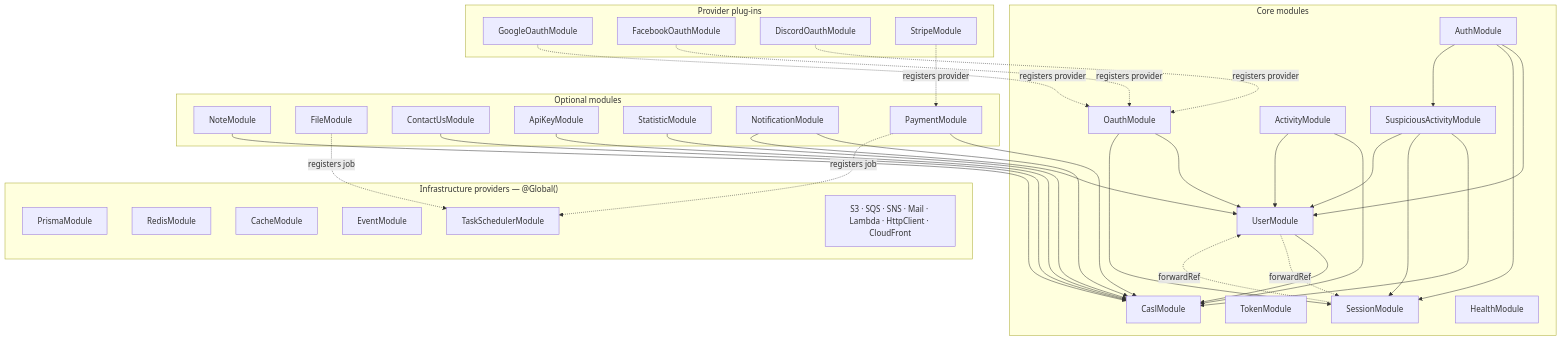
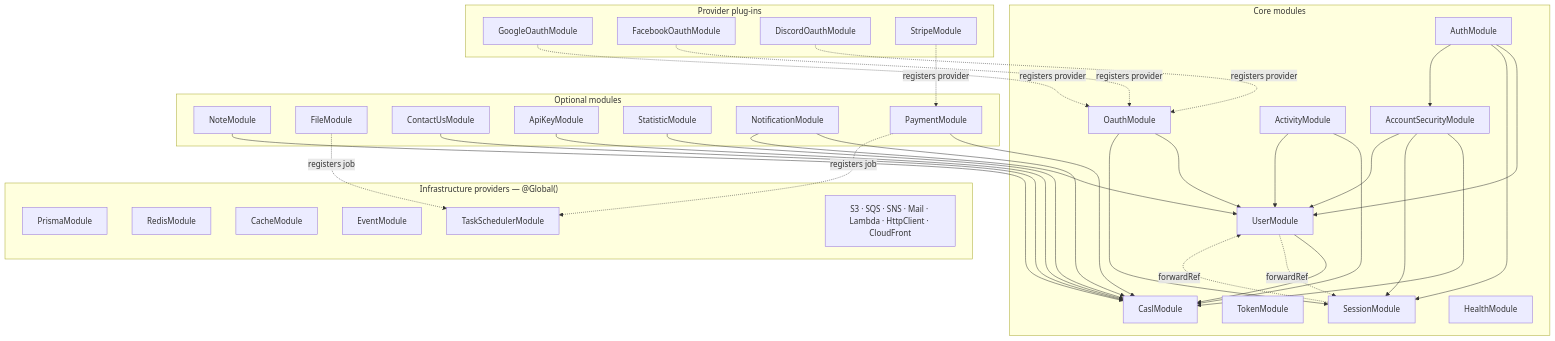
One commit to ivpoov/nest-aws-starter changed the first of 2 diagrams in docs/architecture.md. Above: the diagram before and after it, drawn with Mermaid. The commit also changed other lines of this file and 78 other files, not shown here.

Commit message:
refactor(api,shared): rename the suspicious-activity module to account-security

````diff
--- a/docs/architecture.md
+++ b/docs/architecture.md
@@ -54,68 +54,68 @@
 ```mermaid
 flowchart TD
   subgraph infra["Infrastructure providers — @Global()"]
     Prisma["PrismaModule"]
     Redis["RedisModule"]
     Cache["CacheModule"]
     Event["EventModule"]
     Sched["TaskSchedulerModule"]
     Aws["S3 · SQS · SNS · Mail · Lambda · HttpClient · CloudFront"]
   end
 
   subgraph core["Core modules"]
     Casl["CaslModule"]
     Token["TokenModule"]
     User["UserModule"]
     Session["SessionModule"]
     Auth["AuthModule"]
     Oauth["OauthModule"]
     Activity["ActivityModule"]
-    Suspicious["SuspiciousActivityModule"]
+    AccountSecurity["AccountSecurityModule"]
     Health["HealthModule"]
   end
 
   subgraph optional["Optional modules"]
     Note["NoteModule"]
     File["FileModule"]
     Contact["ContactUsModule"]
     ApiKey["ApiKeyModule"]
     Statistic["StatisticModule"]
     Notification["NotificationModule"]
     Payment["PaymentModule"]
   end
 
   subgraph plugins["Provider plug-ins"]
     Google["GoogleOauthModule"]
     Facebook["FacebookOauthModule"]
     Discord["DiscordOauthModule"]
     Stripe["StripeModule"]
   end
 
   User --> Casl
   User -.->|forwardRef| Session
   Session -.->|forwardRef| User
   Auth --> User
   Auth --> Session
-  Auth --> Suspicious
+  Auth --> AccountSecurity
   Oauth --> User
   Oauth --> Session
   Activity --> Casl
   Activity --> User
-  Suspicious --> Casl
-  Suspicious --> Session
-  Suspicious --> User
+  AccountSecurity --> Casl
+  AccountSecurity --> Session
+  AccountSecurity --> User
   Note --> Casl
   Contact --> Casl
   ApiKey --> Casl
   Statistic --> Casl
   Payment --> Casl
   Notification --> Casl
   Notification --> User
 
   Google -.->|registers provider| Oauth
   Facebook -.->|registers provider| Oauth
   Discord -.->|registers provider| Oauth
   Stripe -.->|registers provider| Payment
   File -.->|registers job| Sched
   Payment -.->|registers job| Sched
 ```
````
